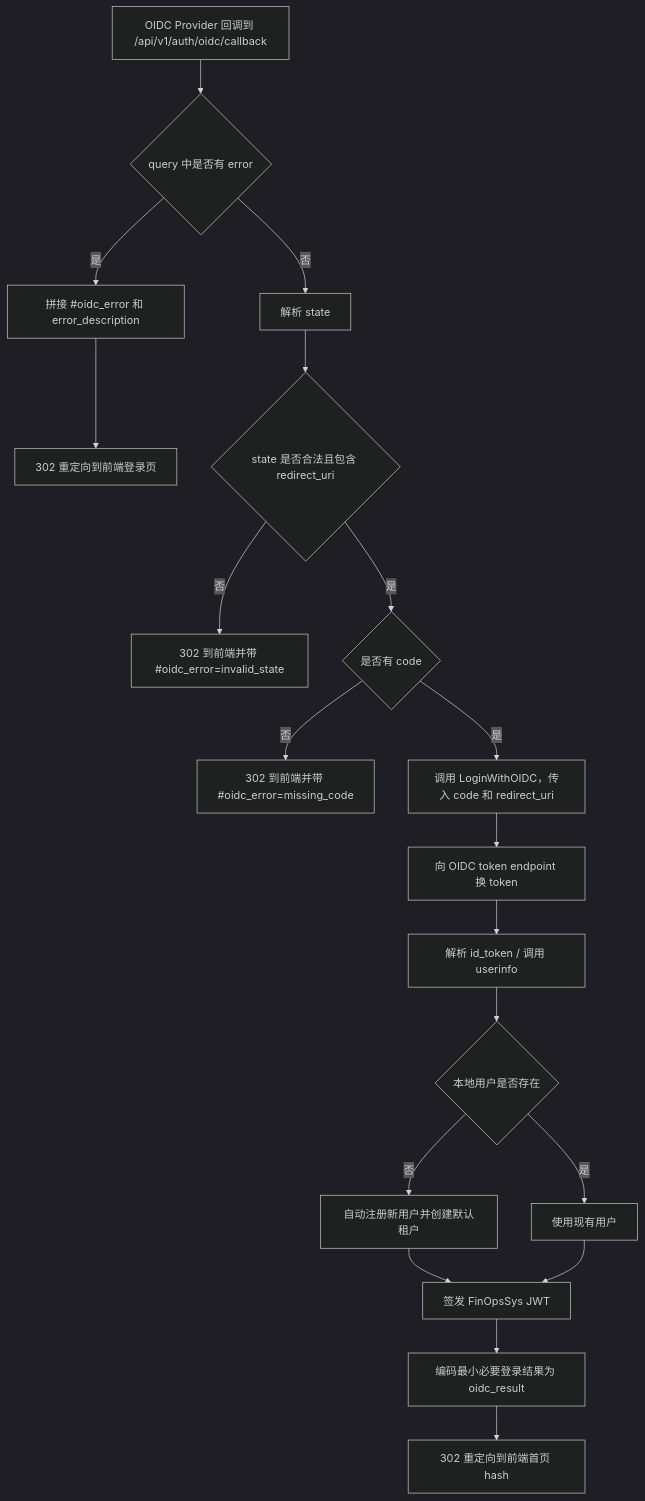
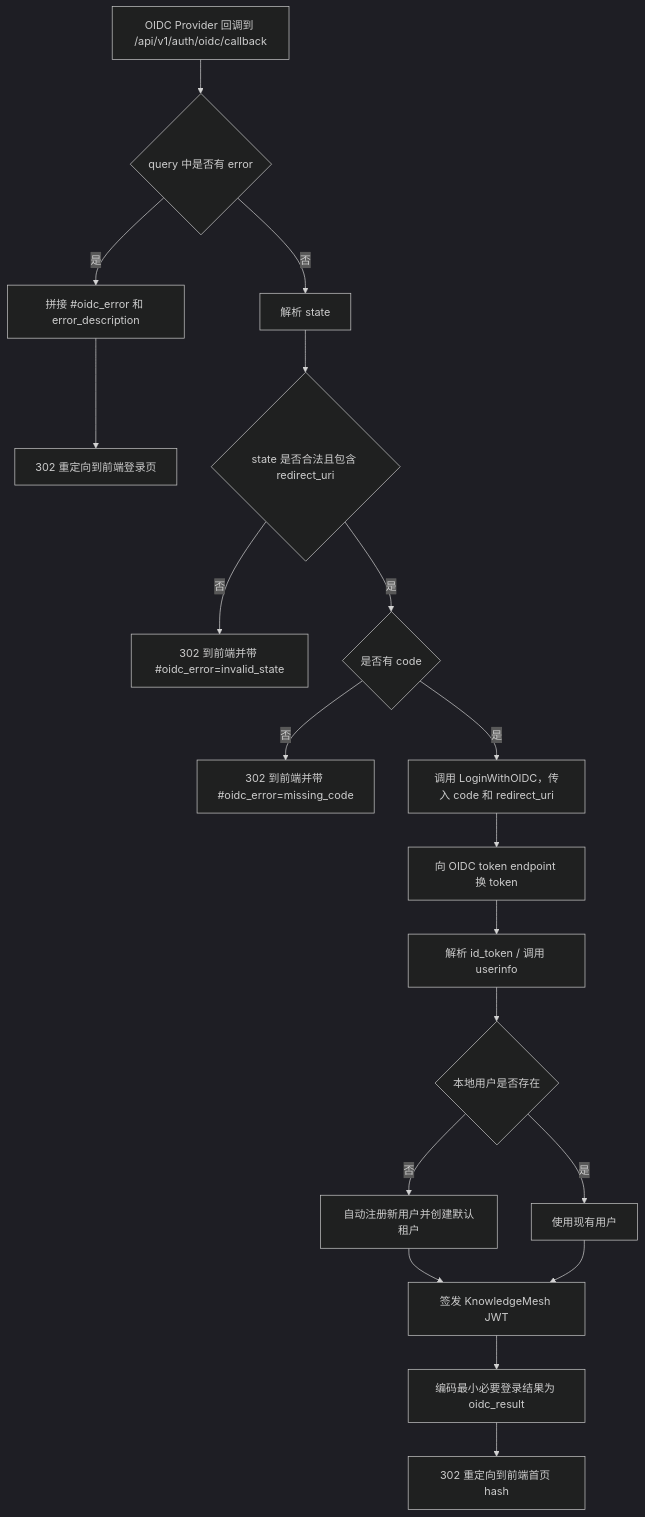
One commit to chuanwei2050/WeKnora changed the second of 2 diagrams in docs/OIDC认证调用流程.md. Above: the diagram before and after it, drawn with Mermaid (dark theme). The commit also changed other lines of this file and 18 other files, not shown here.

Commit message:
refactor(brand): 将项目英文名更名为 KnowledgeMesh

````diff
--- a/docs/OIDC认证调用流程.md
+++ b/docs/OIDC认证调用流程.md
@@ -104,24 +104,24 @@
 ```mermaid
 flowchart TD
     A[OIDC Provider 回调到 /api/v1/auth/oidc/callback] --> B{query 中是否有 error}
     B -- 是 --> C[拼接 #oidc_error 和 error_description]
     C --> D[302 重定向到前端登录页]
 
     B -- 否 --> E[解析 state]
     E --> F{state 是否合法且包含 redirect_uri}
     F -- 否 --> G[302 到前端并带 #oidc_error=invalid_state]
 
     F -- 是 --> H{是否有 code}
     H -- 否 --> I[302 到前端并带 #oidc_error=missing_code]
 
     H -- 是 --> J[调用 LoginWithOIDC，传入 code 和 redirect_uri]
     J --> K[向 OIDC token endpoint 换 token]
     K --> L[解析 id_token / 调用 userinfo]
     L --> M{本地用户是否存在}
     M -- 否 --> N[自动注册新用户并创建默认租户]
     M -- 是 --> O[使用现有用户]
-    N --> P[签发 FinOpsSys JWT]
+    N --> P[签发 KnowledgeMesh JWT]
     O --> P
     P --> Q[编码最小必要登录结果为 oidc_result]
     Q --> R[302 重定向到前端首页 hash]
 ```
````
